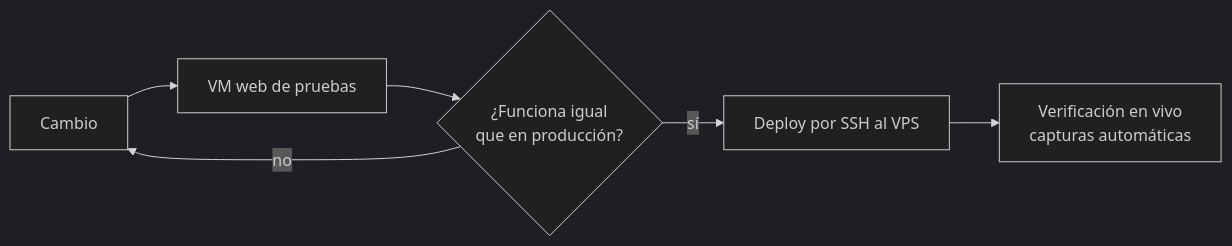
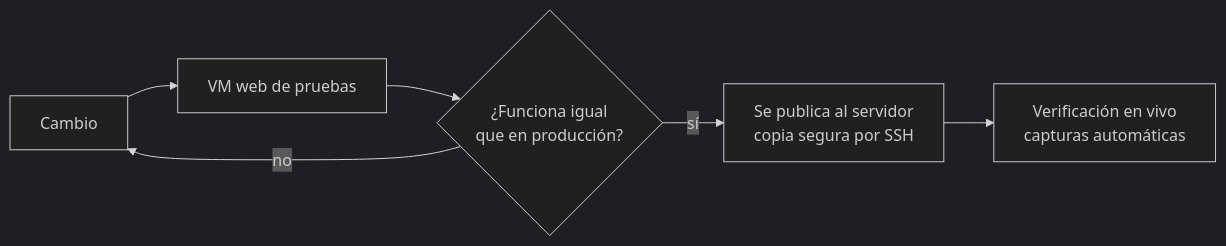
The second of 3 diagrams in README.md (druidatech-net/infraestructura-druidatech), drawn with Mermaid (dark theme) before and after one commit. The commit also changed other lines of this file, not shown here.

Commit message:
Diagrama: qué guarda el reservorio, cómo se respalda en infraestructura propia, y la publicación explicada

````diff
--- a/README.md
+++ b/README.md
@@ -108,8 +110,8 @@
 ```mermaid
 flowchart LR
     A[Cambio] --> B[VM web de pruebas]
     B --> C{¿Funciona igual<br/>que en producción?}
     C -->|no| A
-    C -->|sí| D[Deploy por SSH al VPS]
+    C -->|sí| D[Se publica al servidor<br/>copia segura por SSH]
     D --> E[Verificación en vivo<br/>capturas automáticas]
 ```
````
